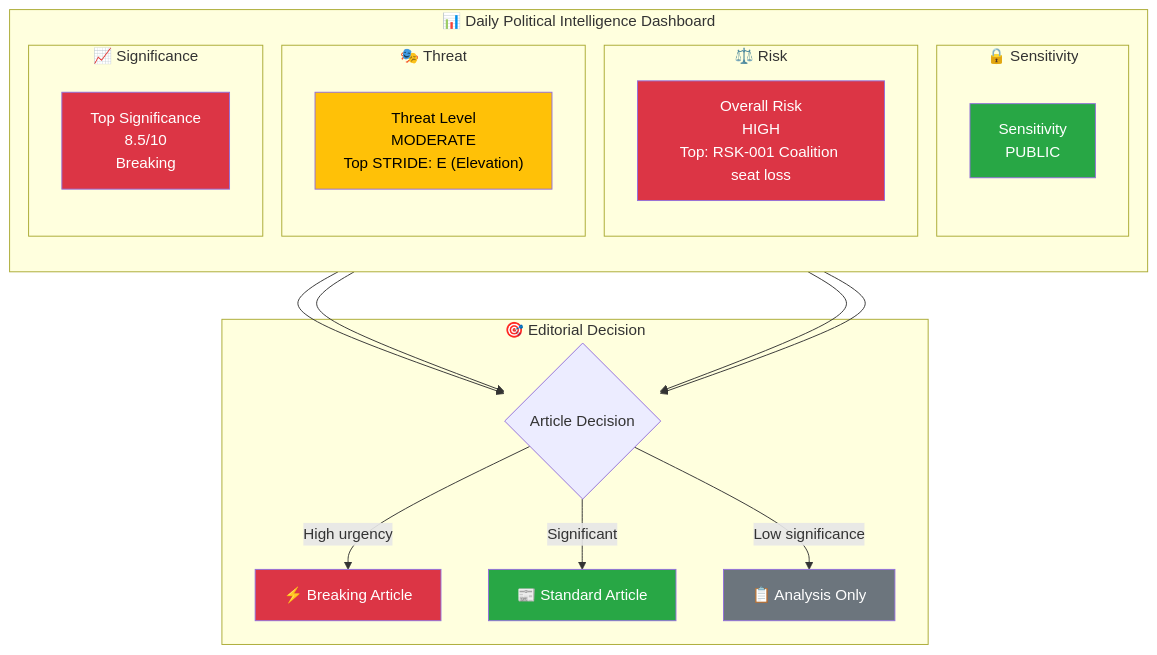
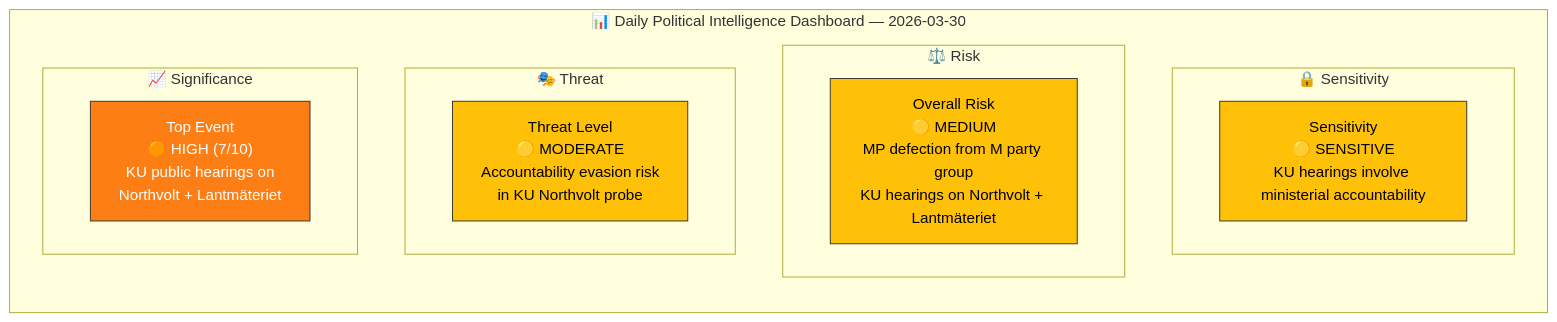
The first of 2 diagrams in analysis/daily/2026-03-30/synthesis-summary.md (Hack23/riksdagsmonitor), drawn with Mermaid before and after one commit. The commit also changed other lines of this file and 29 other files, not shown here.

First line of the commit message:
🔴 Breaking: KU Hearings on Northvolt/Lantmäteriet + M Party Defection - 2026-03-30

````diff
--- a/analysis/daily/2026-03-30/synthesis-summary.md
+++ b/analysis/daily/2026-03-30/synthesis-summary.md
@@ -20,38 +25,22 @@
 ```mermaid
 graph TD
-    subgraph "📊 Daily Political Intelligence Dashboard"
+    subgraph "📊 Daily Political Intelligence Dashboard — 2026-03-30"
         direction TB
         subgraph "🔒 Sensitivity"
-            CLS["Sensitivity<br/>PUBLIC"]
+            CLS["Sensitivity<br/>🟡 SENSITIVE<br/>KU hearings involve ministerial accountability"]
+            style CLS fill:#ffc107,stroke:#333,color:#000
         end
         subgraph "⚖️ Risk"
-            RSK["Overall Risk<br/>HIGH<br/>Top: RSK-001 Coalition seat loss"]
+            RSK["Overall Risk<br/>🟡 MEDIUM<br/>MP defection from M party group<br/>KU hearings on Northvolt + Lantmäteriet"]
+            style RSK fill:#ffc107,stroke:#333,color:#000
         end
         subgraph "🎭 Threat"
-            THR["Threat Level<br/>MODERATE<br/>Top STRIDE: E (Elevation)"]
+            THR["Threat Level<br/>🟡 MODERATE<br/>Accountability evasion risk<br/>in KU Northvolt probe"]
+            style THR fill:#ffc107,stroke:#333,color:#000
         end
         subgraph "📈 Significance"
-            SIG["Top Significance<br/>8.5/10<br/>Breaking"]
+            SIG["Top Event<br/>🟠 HIGH (7/10)<br/>KU public hearings on<br/>Northvolt + Lantmäteriet"]
+            style SIG fill:#fd7e14,stroke:#333,color:#fff
         end
     end
-
-    subgraph "🎯 Editorial Decision"
-        DEC{Article Decision}
-        DEC -->|"High urgency"| BRK["⚡ Breaking Article"]
-        DEC -->|"Significant"| STD["📰 Standard Article"]
-        DEC -->|"Low significance"| MON["📋 Analysis Only"]
-    end
-
-    CLS --> DEC
-    RSK --> DEC
-    THR --> DEC
-    SIG --> DEC
-
-    style CLS fill:#28a745,color:#fff
-    style RSK fill:#dc3545,color:#fff
-    style THR fill:#ffc107,color:#000
-    style SIG fill:#dc3545,color:#fff
-    style BRK fill:#dc3545,color:#fff
-    style STD fill:#28a745,color:#fff
-    style MON fill:#6c757d,color:#fff
 ```
````
